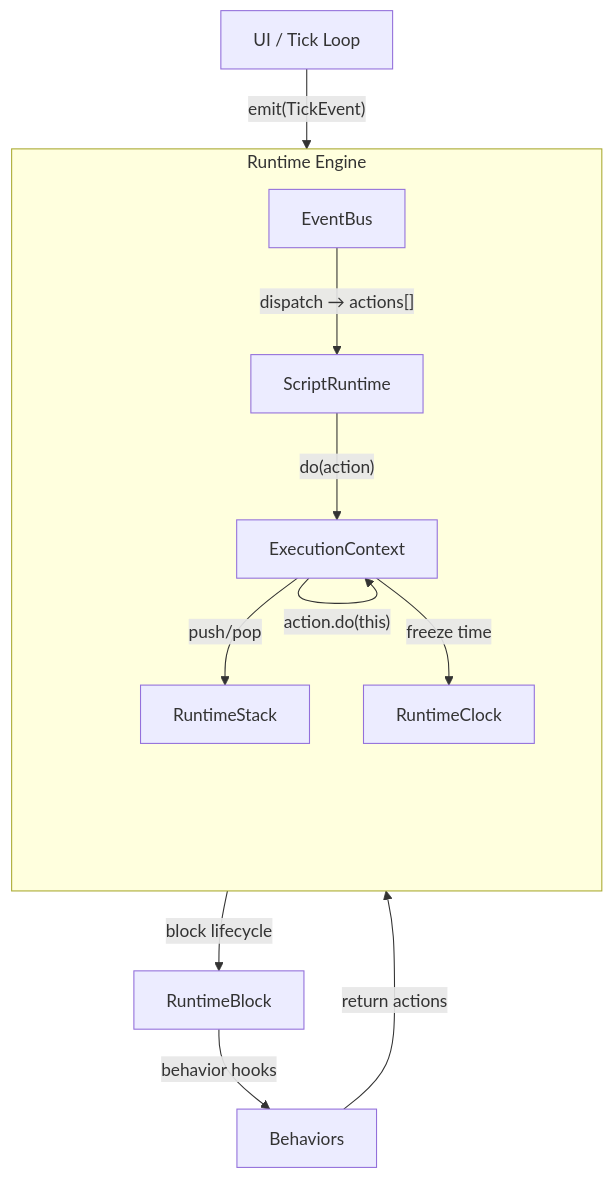
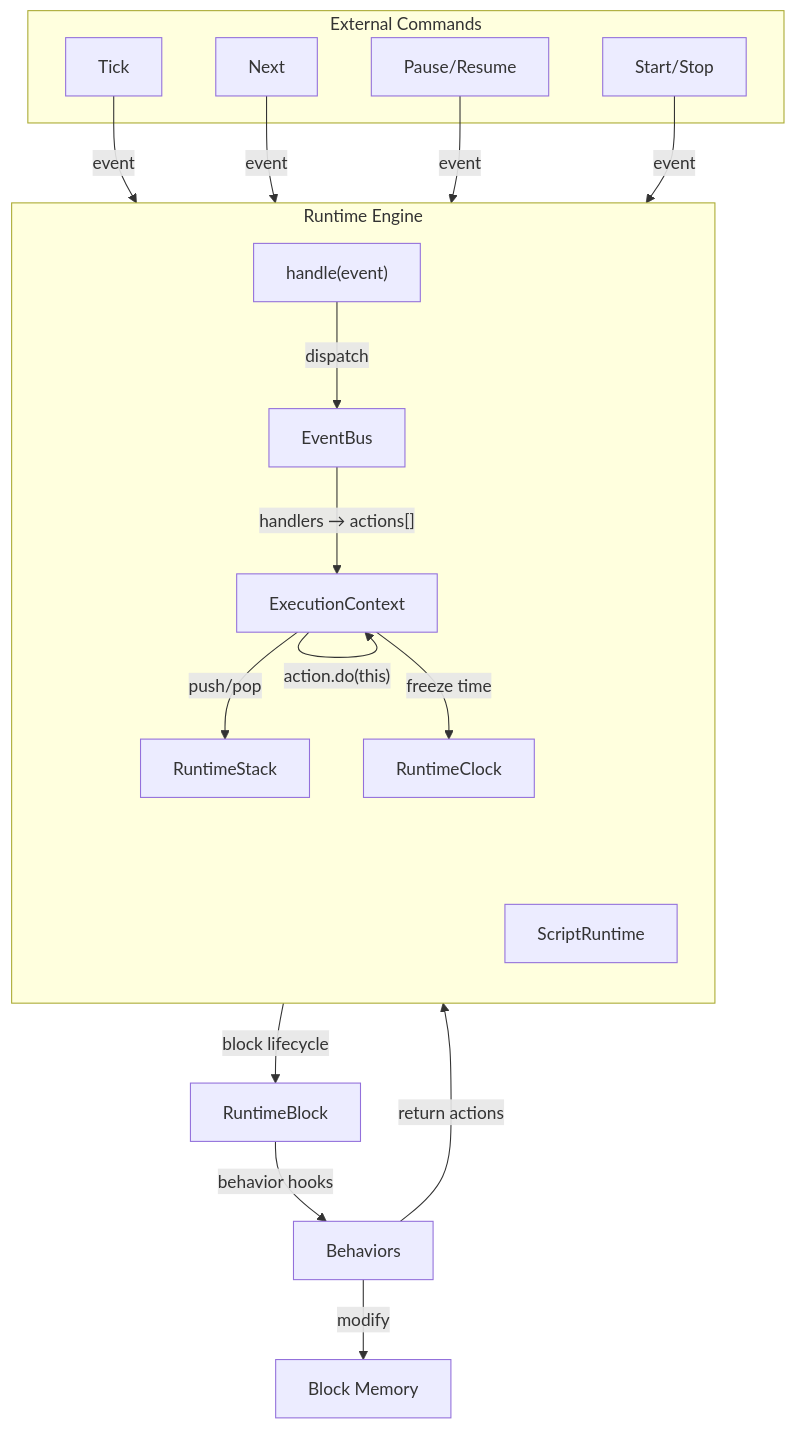
The first of 13 diagrams in docs/runtime-state-machine.md (SergeiGolos/wod-wiki), drawn with Mermaid before and after one commit. The commit also changed other lines of this file and 1 other file, not shown here.

````diff
--- a/docs/runtime-state-machine.md
+++ b/docs/runtime-state-machine.md
@@ -29,21 +46,34 @@
 ```mermaid
 flowchart TD
+    subgraph "External Commands"
+        T[Tick] 
+        N[Next]
+        P[Pause/Resume]
+        S[Start/Stop]
+    end
+
     subgraph "Runtime Engine"
         direction TB
+        H["handle(event)"]
+        EB[EventBus]
+        EC[ExecutionContext]
         SR[ScriptRuntime]
-        EC[ExecutionContext]
-        EB[EventBus]
         ST[RuntimeStack]
         CK[RuntimeClock]
     end
 
-    UI[UI / Tick Loop] -->|"emit(TickEvent)"| EB
-    EB -->|"dispatch → actions[]"| SR
-    SR -->|"do(action)"| EC
+    T -->|event| H
+    N -->|event| H
+    P -->|event| H
+    S -->|event| H
+    
+    H -->|dispatch| EB
+    EB -->|"handlers → actions[]"| EC
     EC -->|"action.do(this)"| EC
     EC -->|"push/pop"| ST
     EC -->|"freeze time"| CK
     ST -->|"block lifecycle"| BK[RuntimeBlock]
     BK -->|"behavior hooks"| BH[Behaviors]
     BH -->|"return actions"| EC
+    BH -->|"modify"| MEM[Block Memory]
 ```
````
